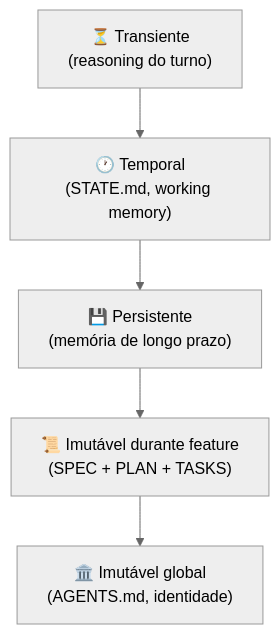
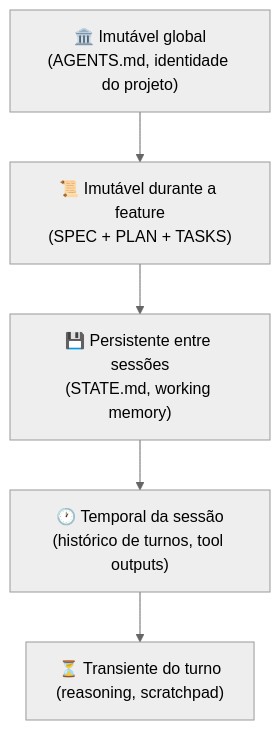
The first of 2 diagrams in 03-Dominios/Tecnologia/IA/Spec-Driven Development/10 - Integração com context engineering — specs como contexto persistente.md (josenaldo/codex-technomanticus), drawn with Mermaid (neutral theme) before and after one commit. The commit also changed other lines of this file, not shown here.

````diff
--- a/03-Dominios/Tecnologia/IA/Spec-Driven Development/10 - Integração com context engineering — specs como contexto persistente.md
+++ b/03-Dominios/Tecnologia/IA/Spec-Driven Development/10 - Integração com context engineering — specs como contexto persistente.md
@@ -38,7 +50,10 @@
 ```mermaid
 graph TB
-    A["⏳ Transiente<br/>(reasoning do turno)"] --> B["🕐 Temporal<br/>(STATE.md, working memory)"]
-    B --> C["💾 Persistente<br/>(memória de longo prazo)"]
-    C --> D["📜 Imutável durante feature<br/>(SPEC + PLAN + TASKS)"]
-    D --> E["🏛️ Imutável global<br/>(AGENTS.md, identidade)"]
+    E["🏛️ Imutável global\n(AGENTS.md, identidade do projeto)"]
+    D["📜 Imutável durante a feature\n(SPEC + PLAN + TASKS)"]
+    C["💾 Persistente entre sessões\n(STATE.md, working memory)"]
+    B["🕐 Temporal da sessão\n(histórico de turnos, tool outputs)"]
+    A["⏳ Transiente do turno\n(reasoning, scratchpad)"]
+
+    E --> D --> C --> B --> A
 ```
````
